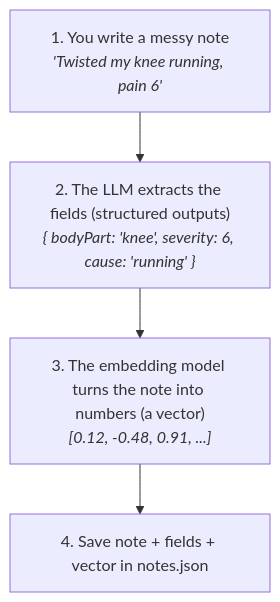
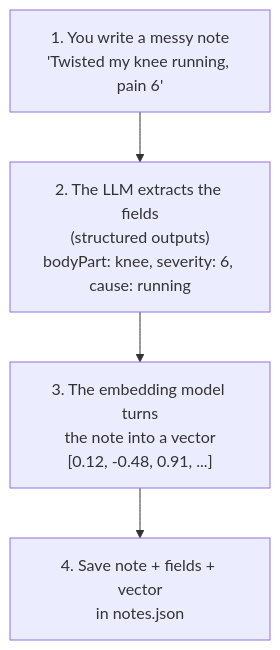
Before and after one commit to sabrahermassi/injury-journal-ai-agent: the first of 2 diagrams in README.md, drawn with Mermaid. The commit also changed other lines of this file and 1 other file, not shown here.

Commit message:
docs fix docs formatting

````diff
--- a/README.md
+++ b/README.md
@@ -11,8 +11,8 @@
 ```mermaid
 flowchart TD
-    A["1. You write a messy note<br/><i>'Twisted my knee running, pain 6'</i>"]
-    B["2. The LLM extracts the fields (structured outputs)<br/><i>{ bodyPart: 'knee', severity: 6, cause: 'running' }</i>"]
-    C["3. The embedding model turns the note into numbers (a vector)<br/><i>[0.12, -0.48, 0.91, ...]</i>"]
-    D["4. Save note + fields + vector in notes.json"]
+    A["1. You write a messy note<br/>'Twisted my knee running, pain 6'"]
+    B["2. The LLM extracts the fields<br/>(structured outputs)<br/>bodyPart: knee, severity: 6, cause: running"]
+    C["3. The embedding model turns<br/>the note into a vector<br/>[0.12, -0.48, 0.91, ...]"]
+    D["4. Save note + fields + vector<br/>in notes.json"]
     A --> B --> C --> D
 ```
````
